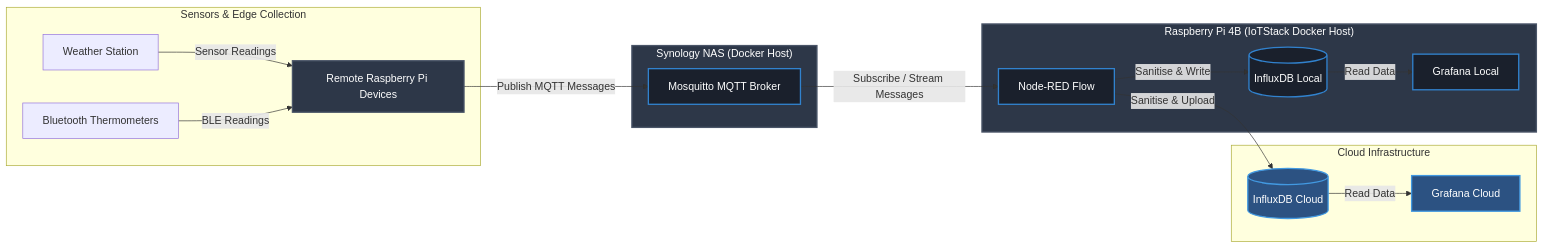
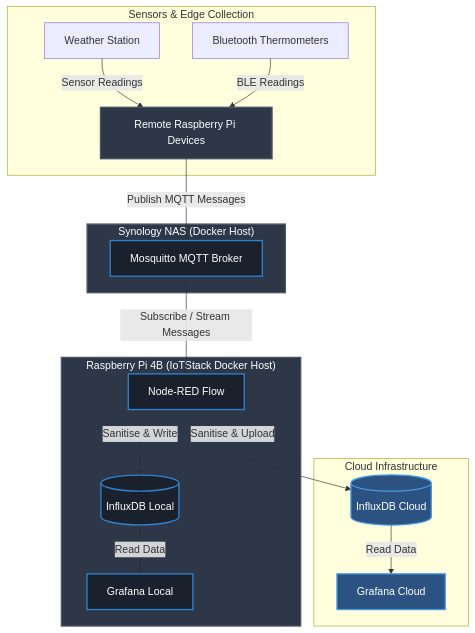
The diagram in README.md (dkazubek/SensorHub), drawn with Mermaid before and after one commit.

Commit message:
document: Change architecture diagram to Top to Bottom.

````diff
--- a/README.md
+++ b/README.md
@@ -8,50 +8,49 @@
 ```mermaid
-graph LR
+graph TD
     %% Styles and Definitions
     classDef hardware fill:#2d3748,stroke:#4a5568,stroke-width:2px,color:#fff;
     classDef container fill:#1a202c,stroke:#3182ce,stroke-width:2px,color:#fff;
     classDef cloud fill:#2c5282,stroke:#4299e1,stroke-width:2px,color:#fff;
 
     %% Remote Nodes & Edge Devices
     subgraph Edge ["Sensors & Edge Collection"]
         WS[Weather Station]
         BT[Bluetooth Thermometers]
         RPiEdge[Remote Raspberry Pi Devices]
     end
 
     %% Synology NAS Host
     subgraph NAS ["Synology NAS (Docker Host)"]
         MQ[Mosquitto MQTT Broker]
     end
 
     %% Raspberry Pi 4B Host (IoTStack)
     subgraph Pi4 ["Raspberry Pi 4B (IoTStack Docker Host)"]
         NR[Node-RED Flow]
         IDB_Loc[(InfluxDB Local)]
         GF_Loc[Grafana Local]
     end
 
     %% Cloud Infrastructure
     subgraph Cloud ["Cloud Infrastructure"]
         IDB_Cld[(InfluxDB Cloud)]
         GF_Cld[Grafana Cloud]
     end
 
     %% Apply Styles
     class RPiEdge,NAS,Pi4 hardware;
     class MQ,NR,IDB_Loc,GF_Loc container;
     class IDB_Cld,GF_Cld cloud;
 
     %% Data Flow Connections
     WS -->|Sensor Readings| RPiEdge
     BT -->|BLE Readings| RPiEdge
     RPiEdge -->|Publish MQTT Messages| MQ
     MQ -->|Subscribe / Stream Messages| NR
     
     NR -->|Sanitise & Write| IDB_Loc
     NR -->|Sanitise & Upload| IDB_Cld
     
     IDB_Loc -->|Read Data| GF_Loc
     IDB_Cld -->|Read Data| GF_Cld
-
 ```
````
